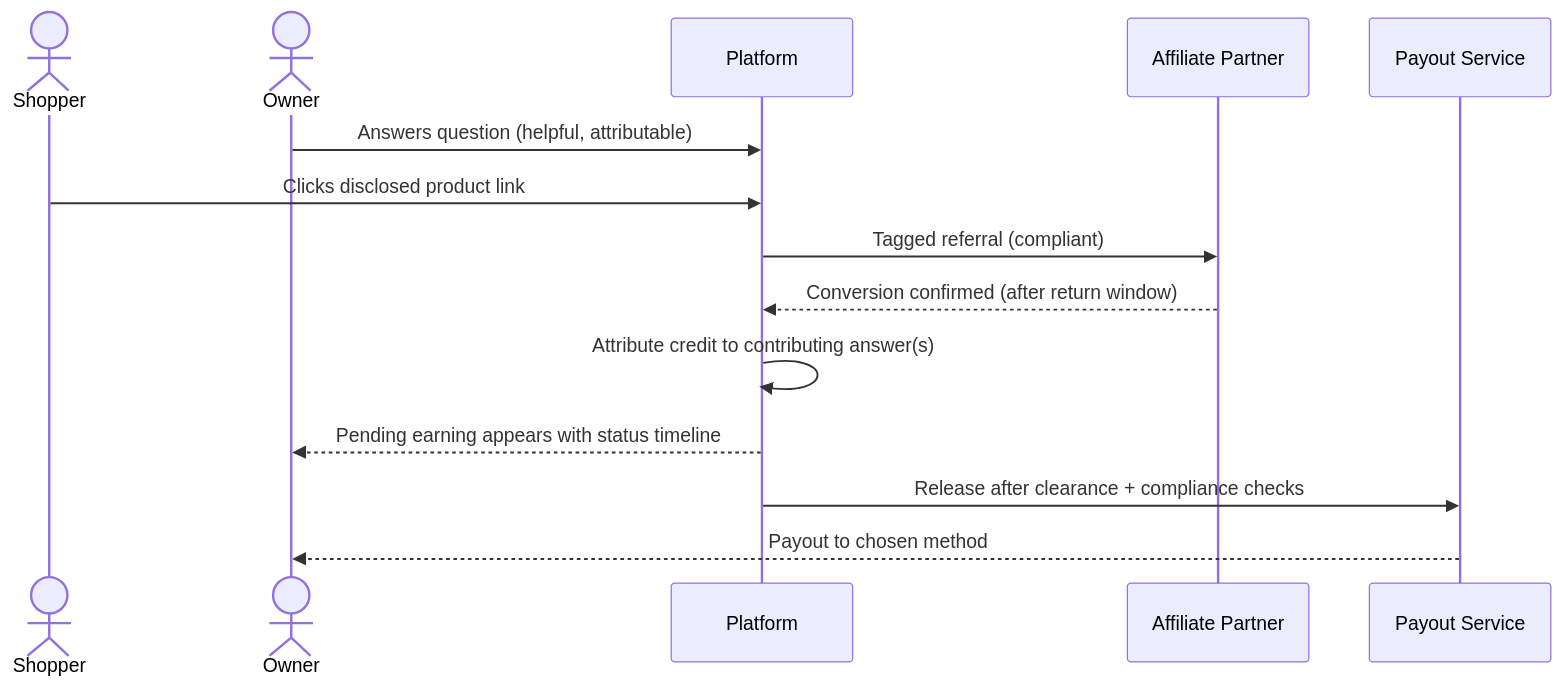
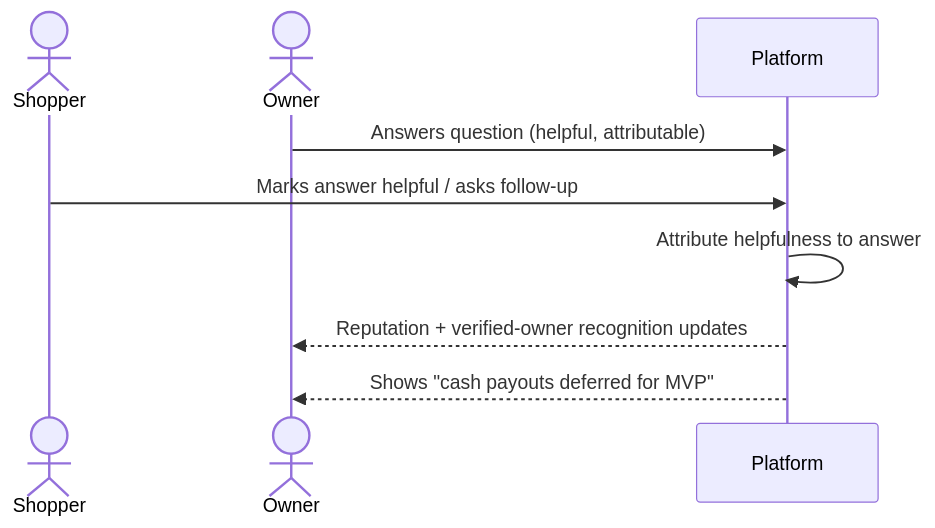
One commit to agorevski/Owners.app changed diagram 14 of 15 in docs/01-user-persona-flows.md. Above: the diagram before and after it, drawn with Mermaid. The commit also changed other lines of this file and 9 other files, not shown here.

````diff
--- a/docs/01-user-persona-flows.md
+++ b/docs/01-user-persona-flows.md
@@ -706,17 +710,12 @@
 ```mermaid
 sequenceDiagram
     actor Sam as Shopper
     actor Olivia as Owner
     participant Plat as Platform
-    participant Aff as Affiliate Partner
-    participant Pay as Payout Service
 
     Olivia->>Plat: Answers question (helpful, attributable)
-    Sam->>Plat: Clicks disclosed product link
-    Plat->>Aff: Tagged referral (compliant)
-    Aff-->>Plat: Conversion confirmed (after return window)
-    Plat->>Plat: Attribute credit to contributing answer(s)
-    Plat-->>Olivia: Pending earning appears with status timeline
-    Plat->>Pay: Release after clearance + compliance checks
-    Pay-->>Olivia: Payout to chosen method
+    Sam->>Plat: Marks answer helpful / asks follow-up
+    Plat->>Plat: Attribute helpfulness to answer
+    Plat-->>Olivia: Reputation + verified-owner recognition updates
+    Plat-->>Olivia: Shows "cash payouts deferred for MVP"
 ```
````
